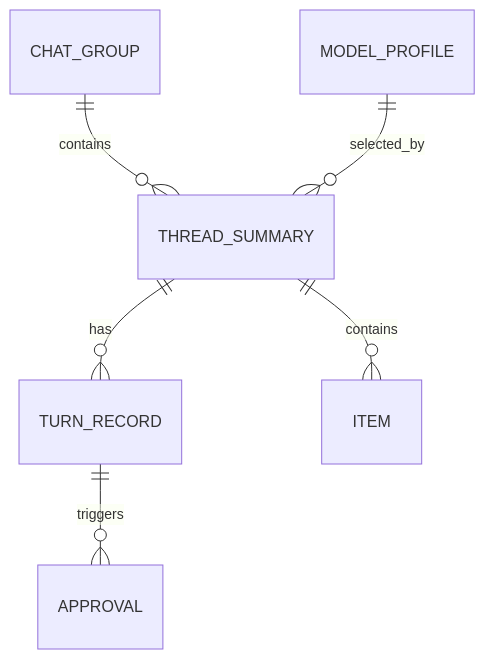
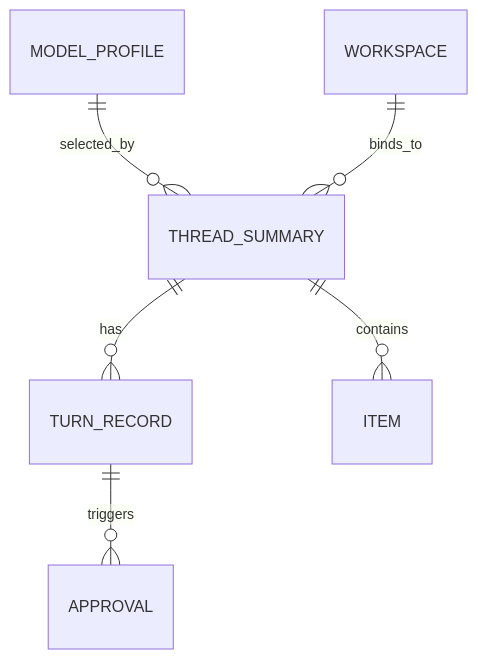
One commit to dyx-9163/ai-aifar changed the fifth of 5 diagrams in .qoder/repowiki/zh/content/数据管理/数据模型定义.md. Above: the diagram before and after it, drawn with Mermaid. The commit also changed other lines of this file and 10 other files, not shown here.

````diff
--- a/.qoder/repowiki/zh/content/数据管理/数据模型定义.md
+++ b/.qoder/repowiki/zh/content/数据管理/数据模型定义.md
@@ -341,8 +350,8 @@
 ```mermaid
 erDiagram
-CHAT_GROUP ||--o{ THREAD_SUMMARY : contains
 THREAD_SUMMARY ||--o{ TURN_RECORD : has
 THREAD_SUMMARY ||--o{ ITEM : contains
 TURN_RECORD ||--o{ APPROVAL : triggers
 MODEL_PROFILE ||--o{ THREAD_SUMMARY : selected_by
+WORKSPACE ||--o{ THREAD_SUMMARY : binds_to
 ```
````
